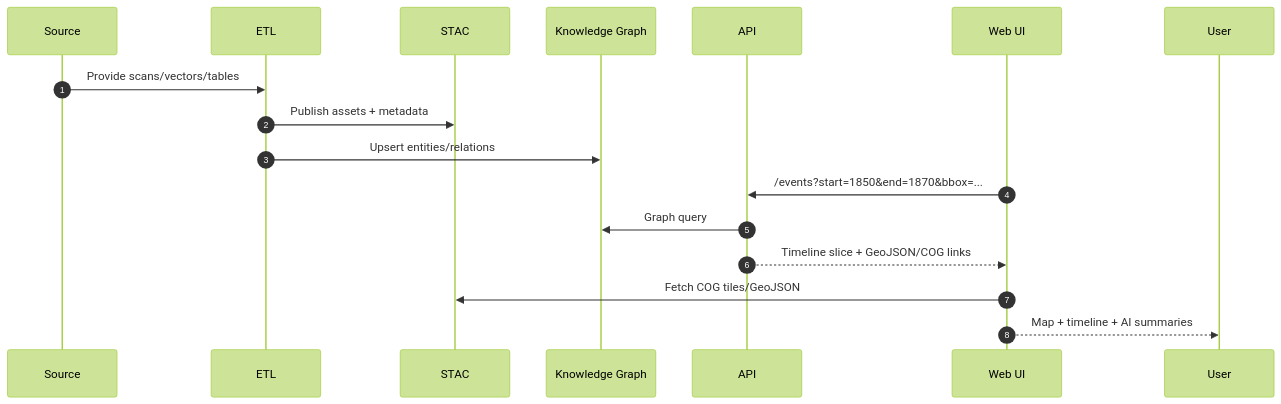
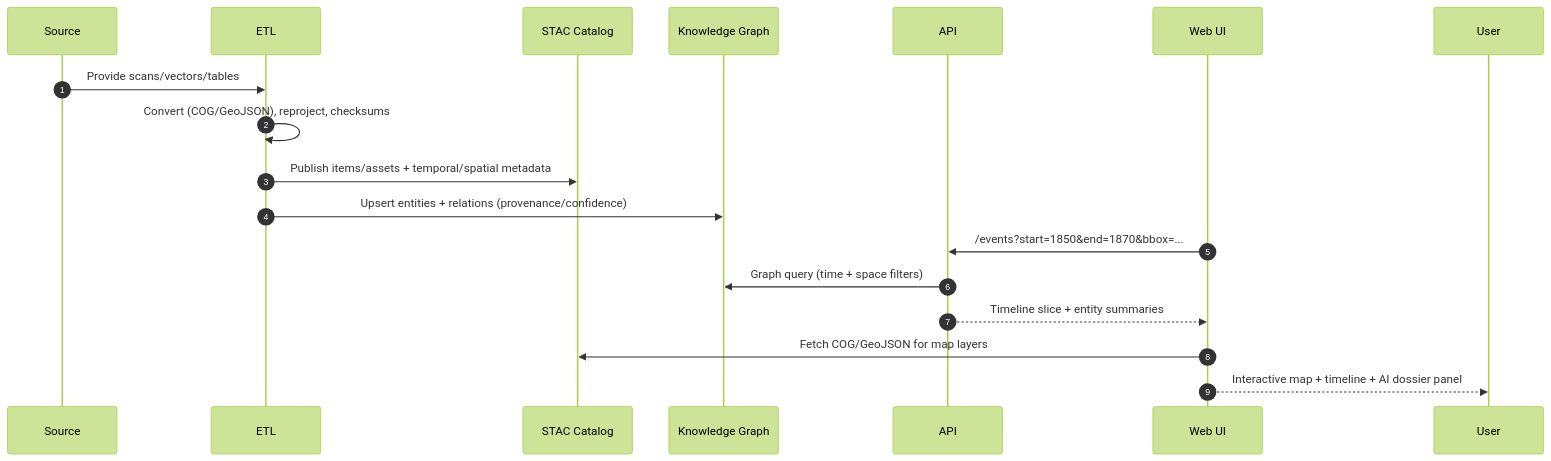
Before and after one commit to bartytime4life/Kansas-Frontier-Matrix: the second of 2 diagrams in src/ARCHITECTURE.md, drawn with Mermaid (forest theme). The commit also changed other lines of this file, not shown here.

First line of the commit message:
Refactor architecture documentation for clarity and links

````diff
--- a/src/ARCHITECTURE.md
+++ b/src/ARCHITECTURE.md
@@ -90,19 +74,20 @@
 ```mermaid
 sequenceDiagram
-  autonumber
-  participant Src as Source
-  participant ETL as ETL
-  participant STAC as STAC
-  participant KG as Knowledge Graph
-  participant API as API
-  participant UI as Web UI
+    autonumber
+    participant SRC as Source
+    participant ETL as ETL
+    participant STAC as STAC Catalog
+    participant KG as Knowledge Graph
+    participant API as API
+    participant UI as Web UI
 
-  Src->>ETL: Provide scans/vectors/tables
-  ETL->>STAC: Publish assets + metadata
-  ETL->>KG: Upsert entities/relations
-  UI->>API: /events?start=1850&end=1870&bbox=...
-  API->>KG: Graph query
-  API-->>UI: Timeline slice + GeoJSON/COG links
-  UI->>STAC: Fetch COG tiles/GeoJSON
-  UI-->>User: Map + timeline + AI summaries
+    SRC->>ETL: Provide scans/vectors/tables
+    ETL->>ETL: Convert (COG/GeoJSON), reproject, checksums
+    ETL->>STAC: Publish items/assets + temporal/spatial metadata
+    ETL->>KG: Upsert entities + relations (provenance/confidence)
+    UI->>API: /events?start=1850&end=1870&bbox=...
+    API->>KG: Graph query (time + space filters)
+    API-->>UI: Timeline slice + entity summaries
+    UI->>STAC: Fetch COG/GeoJSON for map layers
+    UI-->>User: Interactive map + timeline + AI dossier panel
 ```
````
